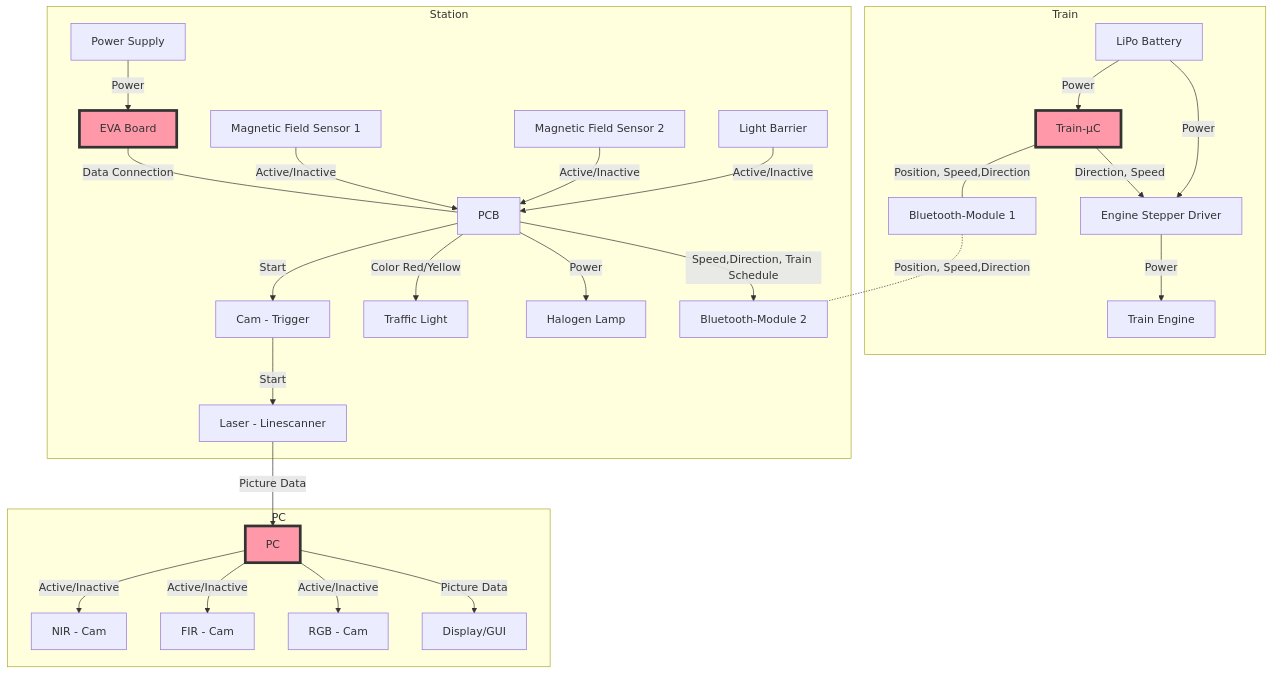
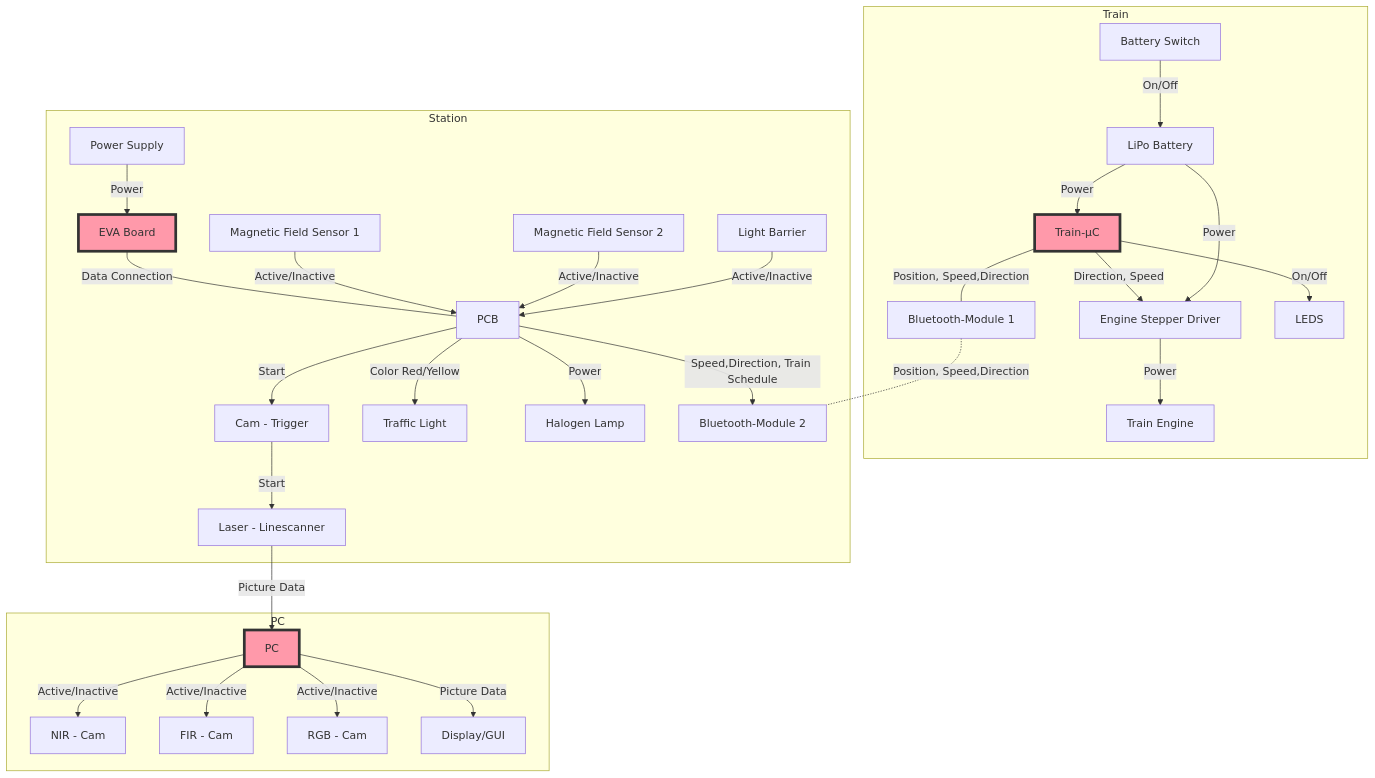
One commit to ahmadasmandar/test-doc changed the diagram in Hardware Documentation/README.md. Above: the diagram before and after it, drawn with Mermaid. The commit also changed other lines of this file, not shown here.

````diff
--- a/Hardware Documentation/README.md
+++ b/Hardware Documentation/README.md
@@ -8,40 +12,42 @@
 ```mermaid
 
 graph TB
 
 style A1 fill:#f9a,stroke:#333,stroke-width:4px
 style B2 fill:#f9a,stroke:#333,stroke-width:4px
 style A3 fill:#f9a,stroke:#333,stroke-width:4px
 
 subgraph Train
 A1[Train-µC] -- Direction, Speed --> B1[Engine Stepper Driver]
 B1 -- Power -->C1[Train Engine]
 A1 -- Position, Speed,Direction ---D1[Bluetooth-Module 1]
 E1[LiPo Battery] -- Power -->A1
 E1 -- Power -->B1
+F1[Battery Switch] -- On/Off -->E1
+A1 -- On/Off --> G1[LEDS]
 end
 
 subgraph Station
 A2[Power Supply] -- Power -->B2[EVA Board]
 B2 -- Data Connection ---C2[PCB]
 C2 -- Start -->D2[Cam - Trigger]
 D2 -- Start -->E2[Laser - Linescanner]
 C2 -- Color Red/Yellow -->F2[Traffic Light]
 G2[Magnetic Field Sensor 1] -- Active/Inactive -->C2
 H2[Magnetic Field Sensor 2] -- Active/Inactive -->C2
 C2 -- Power -->I2[Halogen Lamp]
 J2[Light Barrier] -- Active/Inactive -->C2
 C2 -- Speed,Direction, Train Schedule -->K2[Bluetooth-Module 2]
 end
 
 subgraph PC
 A3[PC] -- Active/Inactive --> B3[NIR - Cam]
 A3 -- Active/Inactive --> C3[FIR - Cam]
 A3 -- Active/Inactive --> D3[RGB - Cam]
 A3 -- Picture Data -->E3[Display/GUI]
 end
 
 E2 -- Picture Data --> A3
 D1-. Position, Speed,Direction .-K2
 
 ```
````
